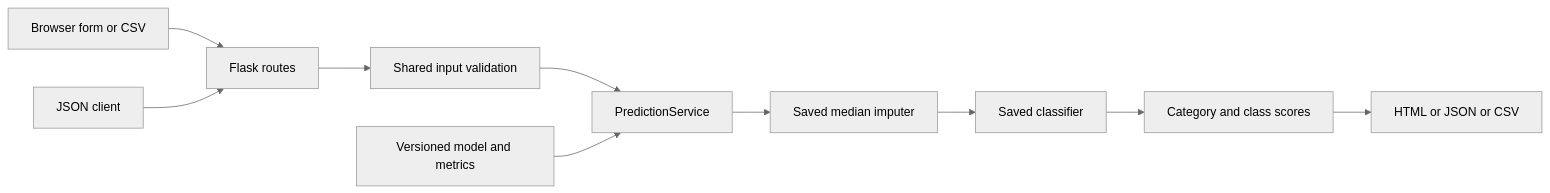
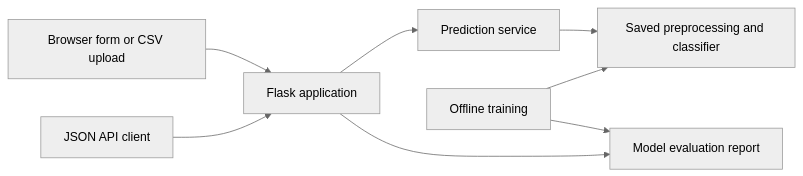
The first of 5 diagrams in README.md (subhashdixit/credit-risk-classifier), drawn with Mermaid (neutral theme) before and after one commit. The commit also changed other lines of this file and 1 other file, not shown here.

Commit message:
Document project architecture and add app screenshot (#5)

````diff
--- a/README.md
+++ b/README.md
@@ -47,12 +34,10 @@
 ```mermaid
 flowchart LR
-    A[Browser form or CSV] --> B[Flask routes]
-    C[JSON client] --> B
-    B --> D[Shared input validation]
-    D --> E[PredictionService]
-    E --> F[Saved median imputer]
-    F --> G[Saved classifier]
-    G --> H[Category and class scores]
-    H --> I[HTML or JSON or CSV]
-    J[Versioned model and metrics] --> E
+    Browser[Browser form or CSV upload] --> App[Flask application]
+    Client[JSON API client] --> App
+    App --> Service[Prediction service]
+    Service --> Pipeline[Saved preprocessing and classifier]
+    App --> Report[Model evaluation report]
+    Trainer[Offline training] --> Pipeline
+    Trainer --> Report
 ```
````
